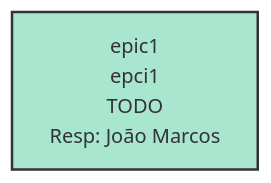
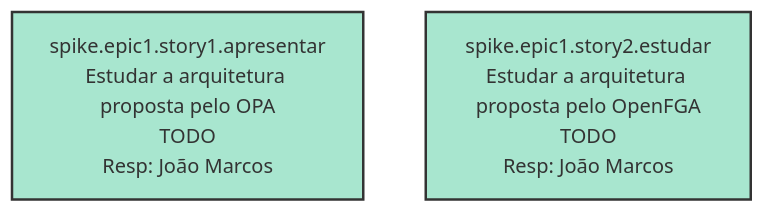
Before and after one commit to the-made-project/leds-tools-made-gestao: the diagram in example/docs/management/sprints/estudo.md, drawn with Mermaid. The commit also changed other lines of this file and 17 other files, not shown here.

````diff
--- a/example/docs/management/sprints/estudo.md
+++ b/example/docs/management/sprints/estudo.md
@@ -28,8 +29,9 @@
 ```mermaid
 graph TD
     classDef sprint fill:#a8e6cf,stroke:#333,stroke-width:2px;
     classDef external fill:#ffd3b6,stroke:#333,stroke-width:2px;
     classDef pending fill:#ff8b94,stroke:#333,stroke-width:2px;
     classDef done fill:#98fb98,stroke:#333,stroke-width:2px;
-    epic1["epic1\nepci1\nTODO\nResp: João Marcos "]:::sprint
+    spike.epic1.story1.apresentar["spike.epic1.story1.apresentar\nEstudar a arquitetura proposta pelo OPA\nTODO\nResp: João Marcos "]:::sprint
+    spike.epic1.story2.estudar["spike.epic1.story2.estudar\nEstudar a arquitetura proposta pelo OpenFGA\nTODO\nResp: João Marcos "]:::sprint
 ```
````
